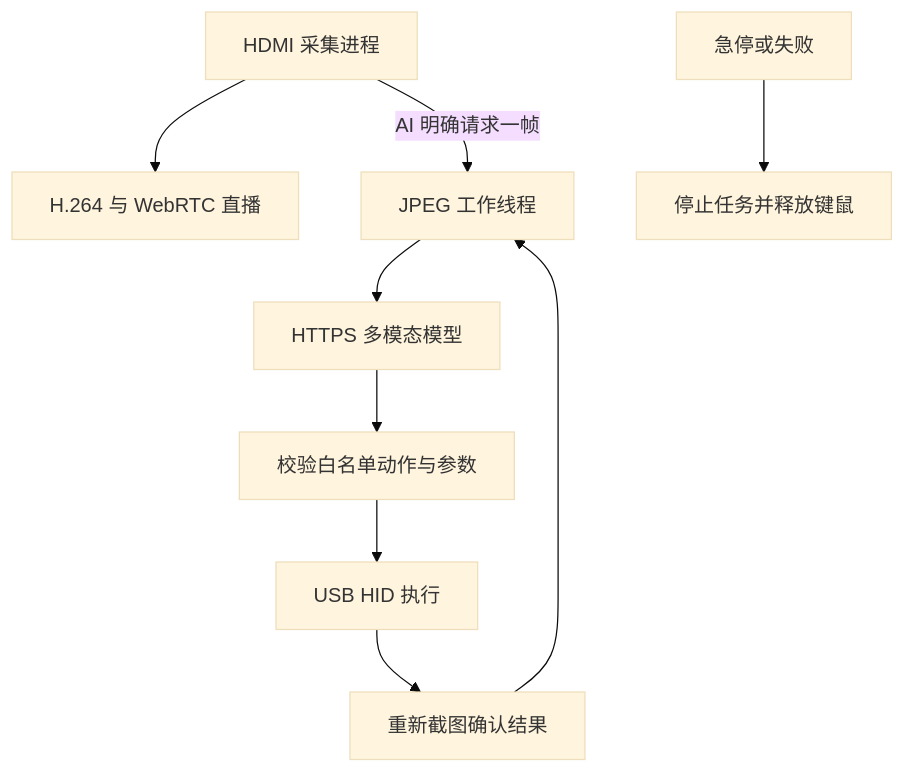
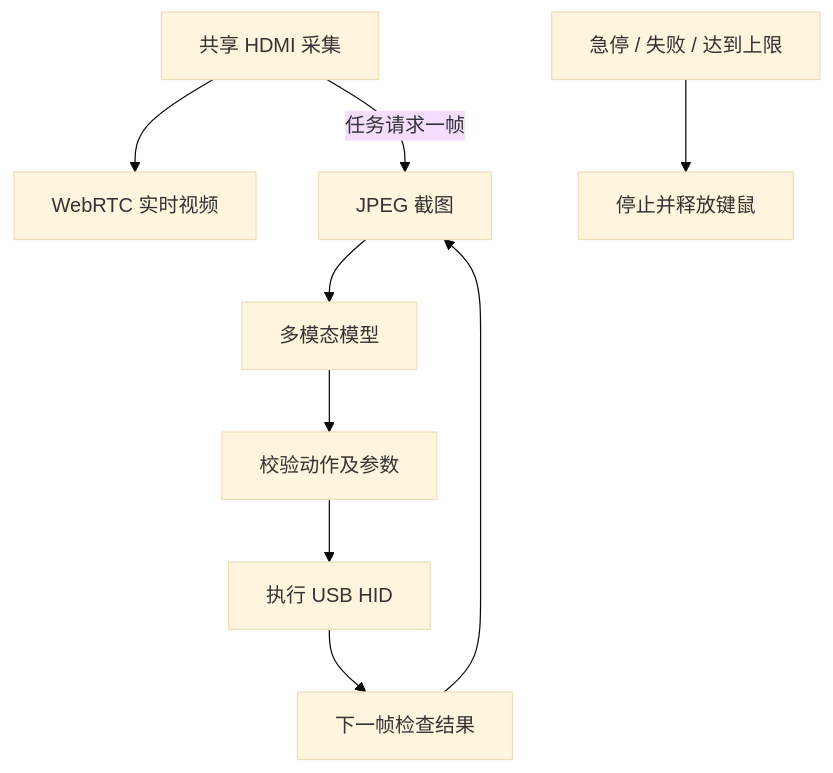
One commit to dshanpi/SmartDesktopMimi changed the diagram in docs/tutorial/mcp.md. Above: the diagram before and after it, drawn with Mermaid (base theme). The commit also changed other lines of this file and 34 other files, not shown here.

````diff
--- a/docs/tutorial/mcp.md
+++ b/docs/tutorial/mcp.md
@@ -19,11 +36,11 @@
 ```mermaid
 flowchart TD
-  HDMI[HDMI 采集进程] --> Video[H.264 与 WebRTC 直播]
-  HDMI -->|AI 明确请求一帧| JPEG[JPEG 工作线程]
-  JPEG --> Model[HTTPS 多模态模型]
-  Model --> Check[校验白名单动作与参数]
-  Check --> HID[USB HID 执行]
-  HID --> Next[重新截图确认结果]
-  Next --> JPEG
-  Stop[急停或失败] --> Release[停止任务并释放键鼠]
+  Capture[共享 HDMI 采集] --> Live[WebRTC 实时视频]
+  Capture -->|任务请求一帧| Frame[JPEG 截图]
+  Frame --> Model[多模态模型]
+  Model --> Validate[校验动作及参数]
+  Validate --> HID[执行 USB HID]
+  HID --> Verify[下一帧检查结果]
+  Verify --> Frame
+  Stop[急停 / 失败 / 达到上限] --> Release[停止并释放键鼠]
 ```
````
